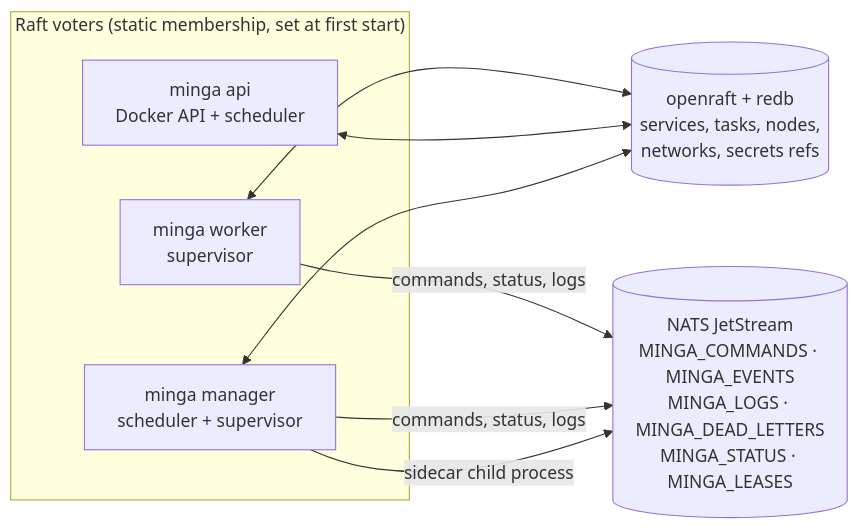
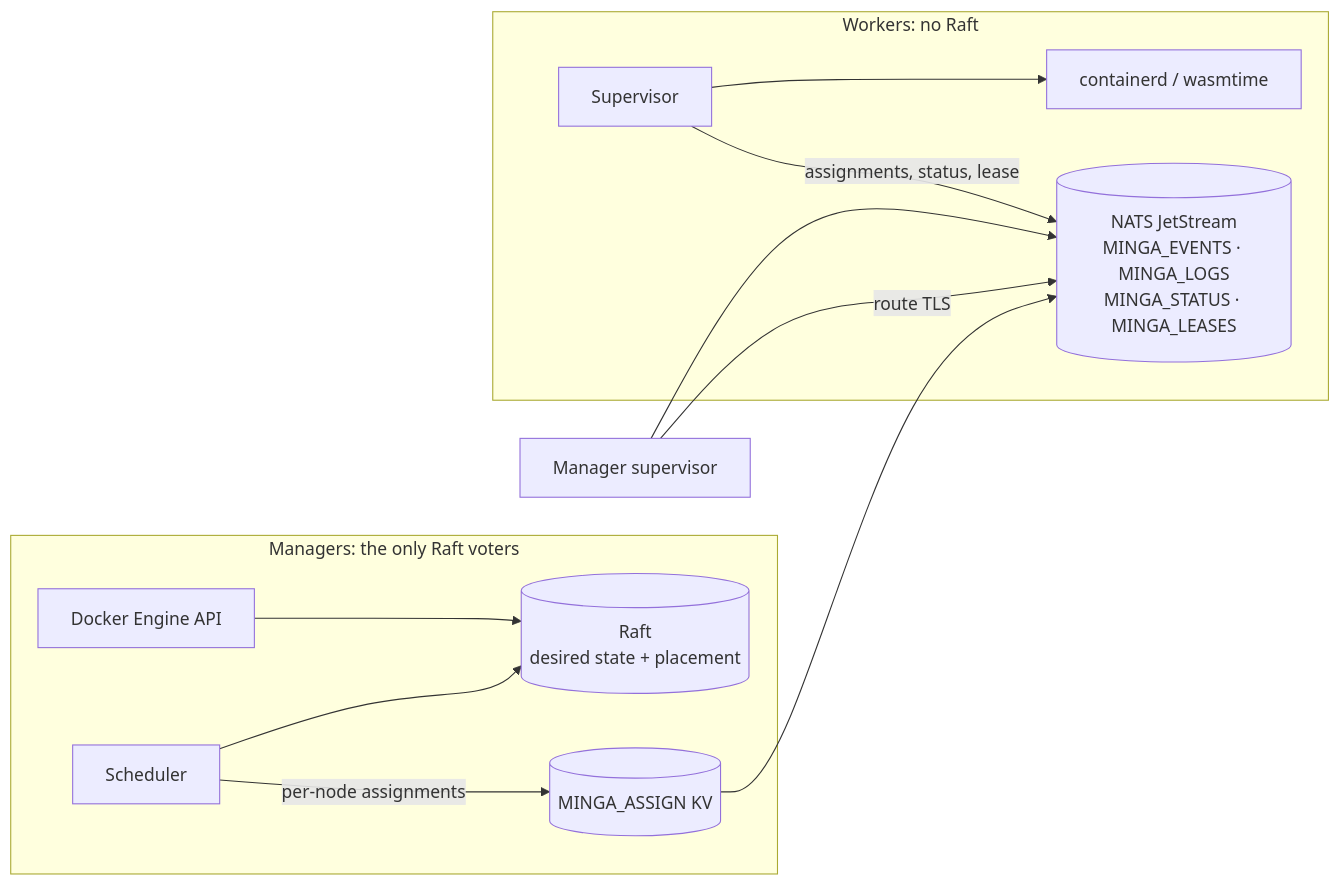
Before and after one commit to lithqube/minga: the first of 2 diagrams in docs/architecture.md, drawn with Mermaid. The commit also changed other lines of this file and 9 other files, not shown here.

Commit message:
feat: prove managers-only Raft topologies

````diff
--- a/docs/architecture.md
+++ b/docs/architecture.md
@@ -7,13 +7,16 @@
 ```mermaid
 flowchart LR
-  subgraph voters["Raft voters (static membership, set at first start)"]
-    M["minga manager<br/>scheduler + supervisor"]
-    A["minga api<br/>Docker API + scheduler"]
-    W["minga worker<br/>supervisor"]
+  subgraph managers["Managers: the only Raft voters"]
+    API["Docker Engine API"] --> R[("Raft<br/>desired state + placement")]
+    S["Scheduler"] --> R
+    S -- per-node assignments --> A[("MINGA_ASSIGN KV")]
   end
-  R[("openraft + redb<br/>services, tasks, nodes,<br/>networks, secrets refs")]
-  N[("NATS JetStream<br/>MINGA_COMMANDS · MINGA_EVENTS<br/>MINGA_LOGS · MINGA_DEAD_LETTERS<br/>MINGA_STATUS · MINGA_LEASES")]
-  M & A & W <--> R
-  M -- sidecar child process --> N
-  M & W -- commands, status, logs --> N
+  J[("NATS JetStream<br/>MINGA_EVENTS · MINGA_LOGS<br/>MINGA_STATUS · MINGA_LEASES")]
+  M["Manager supervisor"] --> J
+  M -- route TLS --> J
+  A --> J
+  subgraph workers["Workers: no Raft"]
+    W["Supervisor"] --> C["containerd / wasmtime"]
+    W -- assignments, status, lease --> J
+  end
 ```
````
